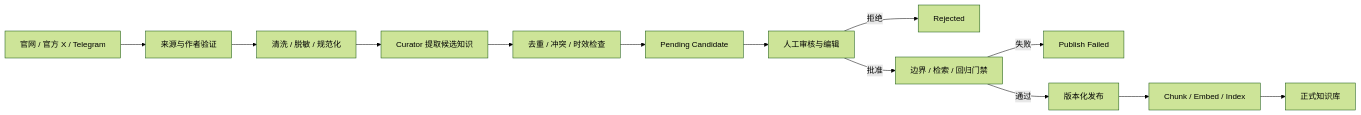
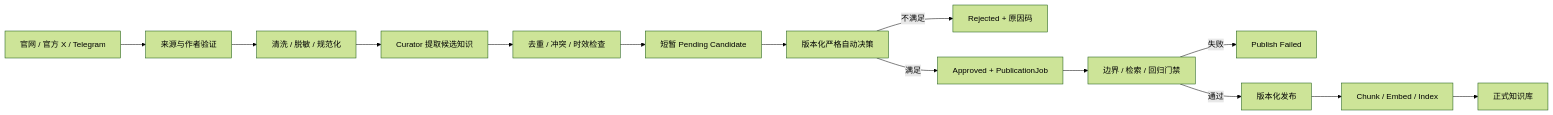
The second of 3 diagrams in docs/target-product-design.md (spencer17x/xxyy-ask), drawn with Mermaid (forest theme) before and after one commit. The commit also changed other lines of this file and 34 other files, not shown here.

````diff
--- a/docs/target-product-design.md
+++ b/docs/target-product-design.md
@@ -269,15 +269,16 @@
 ```mermaid
 flowchart LR
   Sources["官网 / 官方 X / Telegram"] --> VerifySource["来源与作者验证"]
   VerifySource --> Normalize["清洗 / 脱敏 / 规范化"]
   Normalize --> Extract["Curator 提取候选知识"]
   Extract --> Compare["去重 / 冲突 / 时效检查"]
-  Compare --> Pending["Pending Candidate"]
-  Pending --> Review["人工审核与编辑"]
-  Review -->|"拒绝"| Rejected["Rejected"]
-  Review -->|"批准"| Gates["边界 / 检索 / 回归门禁"]
+  Compare --> Pending["短暂 Pending Candidate"]
+  Pending --> Policy["版本化严格自动决策"]
+  Policy -->|"不满足"| Rejected["Rejected + 原因码"]
+  Policy -->|"满足"| Queue["Approved + PublicationJob"]
+  Queue --> Gates["边界 / 检索 / 回归门禁"]
   Gates -->|"失败"| Failed["Publish Failed"]
   Gates -->|"通过"| Publish["版本化发布"]
   Publish --> Index["Chunk / Embed / Index"]
   Index --> Knowledge["正式知识库"]
 ```
````
